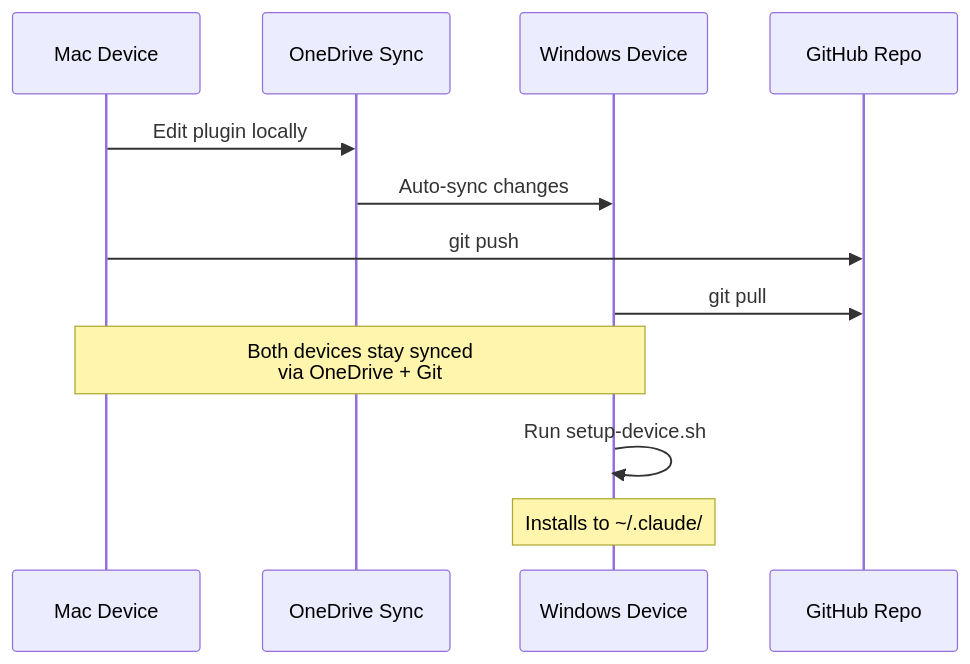
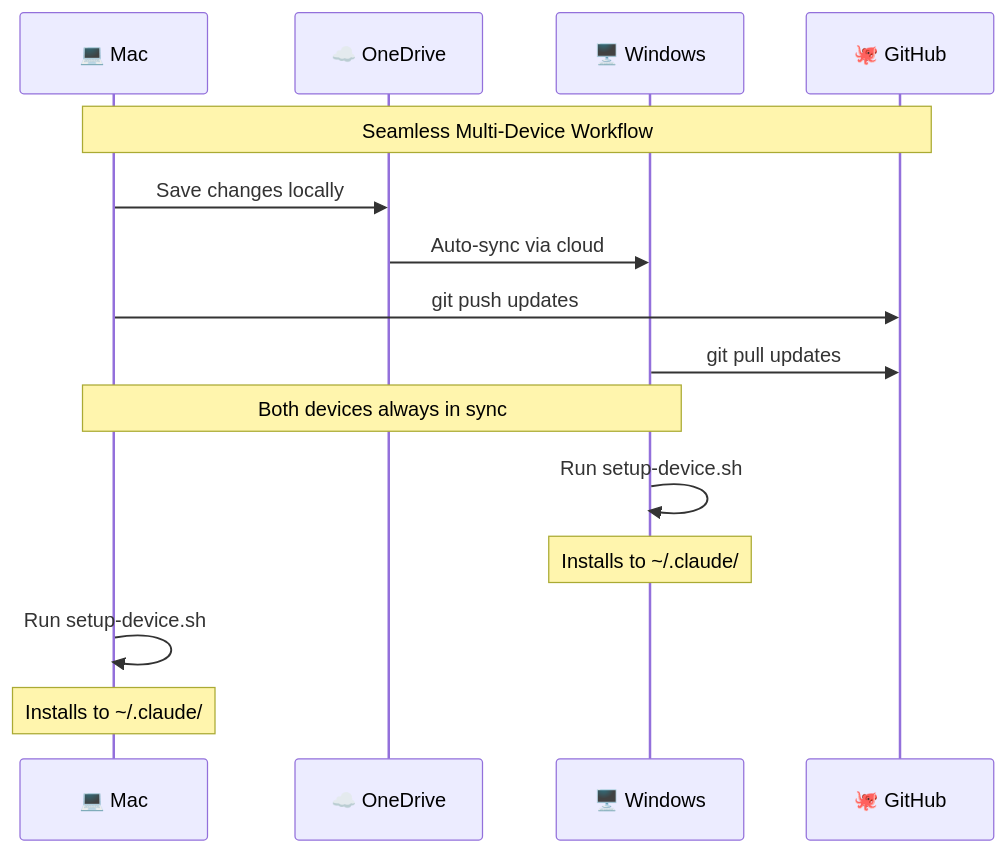
The fifth of 5 diagrams in README.md (a-ariff/ariff-claude-plugins), drawn with Mermaid before and after one commit. The commit also changed other lines of this file and 1 other file, not shown here.

````diff
--- a/README.md
+++ b/README.md
@@ -127,18 +229,23 @@
 ```mermaid
 sequenceDiagram
-    participant Mac as Mac Device
-    participant OneDrive as OneDrive Sync
-    participant Windows as Windows Device
-    participant GitHub as GitHub Repo
+    participant M as 💻 Mac
+    participant O as ☁️ OneDrive
+    participant W as 🖥️ Windows
+    participant G as 🐙 GitHub
 
-    Mac->>OneDrive: Edit plugin locally
-    OneDrive->>Windows: Auto-sync changes
+    Note over M,G: Seamless Multi-Device Workflow
 
-    Mac->>GitHub: git push
-    Windows->>GitHub: git pull
+    M->>O: Save changes locally
+    O->>W: Auto-sync via cloud
 
-    Note over Mac,Windows: Both devices stay synced<br/>via OneDrive + Git
+    M->>G: git push updates
+    W->>G: git pull updates
 
-    Windows->>Windows: Run setup-device.sh
-    Note over Windows: Installs to ~/.claude/
+    Note over M,W: Both devices always in sync
+
+    W->>W: Run setup-device.sh
+    Note over W: Installs to ~/.claude/
+
+    M->>M: Run setup-device.sh
+    Note over M: Installs to ~/.claude/
 ```
````
